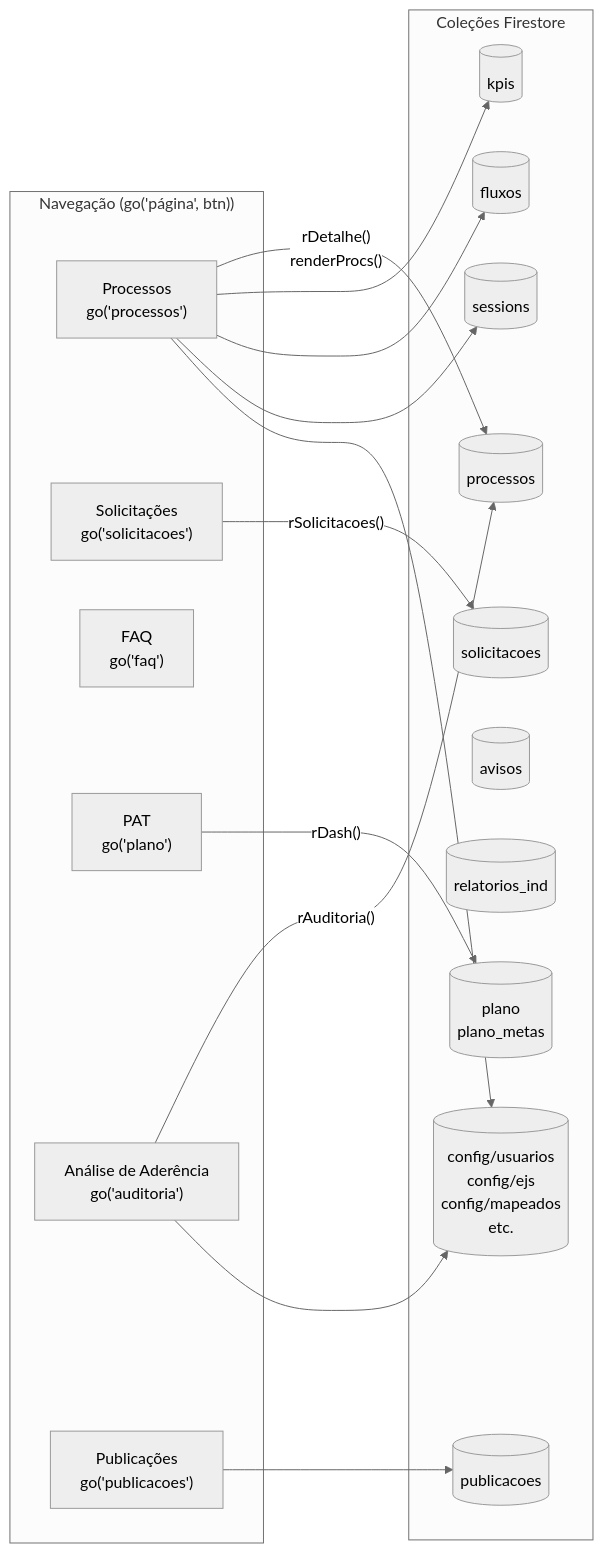
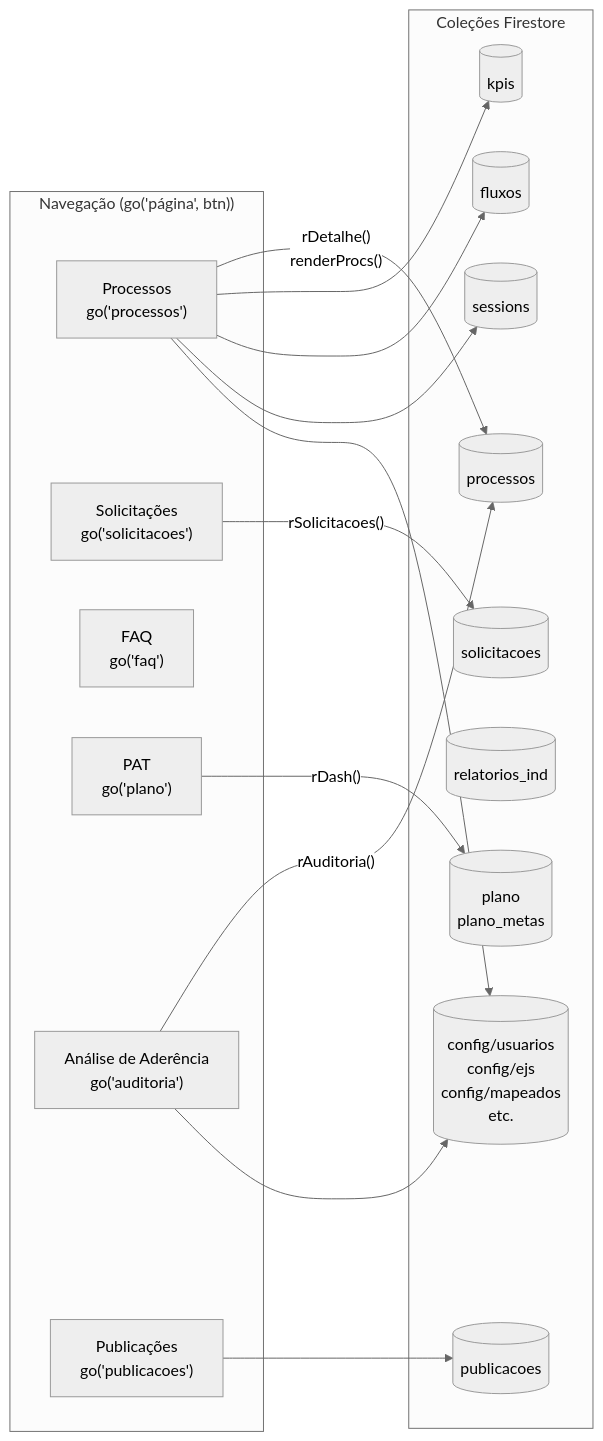
Before and after one commit to EPPCAGE/siga2.0: the second of 6 diagrams in docs/architecture/diagrama-arquitetura.md, drawn with Mermaid (neutral theme). The commit also changed other lines of this file and 12 other files, not shown here.

````diff
--- a/docs/architecture/diagrama-arquitetura.md
+++ b/docs/architecture/diagrama-arquitetura.md
@@ -64,35 +64,34 @@
 ```mermaid
 graph LR
   subgraph NAV["Navegação (go('página', btn))"]
     PROC["Processos\ngo('processos')"]
     SOL["Solicitações\ngo('solicitacoes')"]
     FAQ["FAQ\ngo('faq')"]
     PLANO["PAT\ngo('plano')"]
     AUD["Análise de Aderência\ngo('auditoria')"]
     PUB["Publicações\ngo('publicacoes')"]
   end
 
   subgraph FIRE["Coleções Firestore"]
     C1[("processos")]
     C2[("solicitacoes")]
     C4[("plano\nplano_metas")]
     C5[("publicacoes")]
     C6[("kpis")]
-    C7[("avisos")]
     C8[("relatorios_ind")]
     C9[("fluxos")]
     C10[("sessions")]
     C11[("config/usuarios\nconfig/ejs\nconfig/mapeados\netc.")]
   end
 
   PROC -->|"rDetalhe()\nrenderProcs()"| C1
   PROC --> C6
   PROC --> C9
   SOL -->|"rSolicitacoes()"| C2
   PLANO -->|"rDash()"| C4
   AUD -->|"rAuditoria()"| C1
   PUB --> C5
   PROC --> C10
   PROC --> C11
   AUD --> C11
 ```
````
